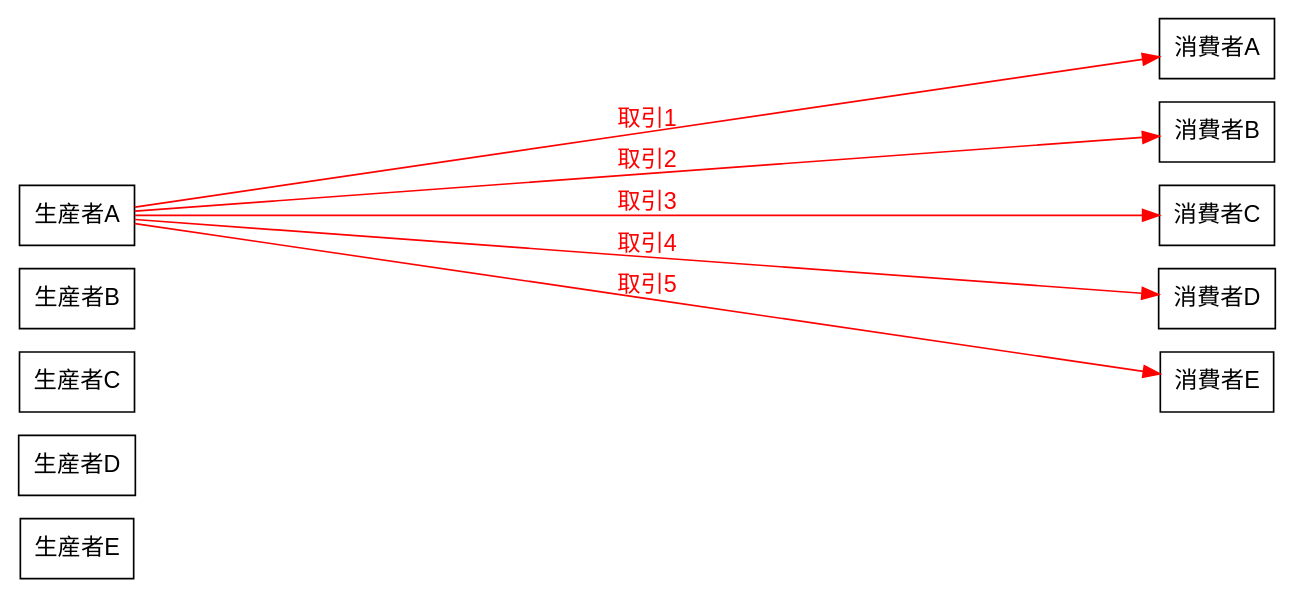
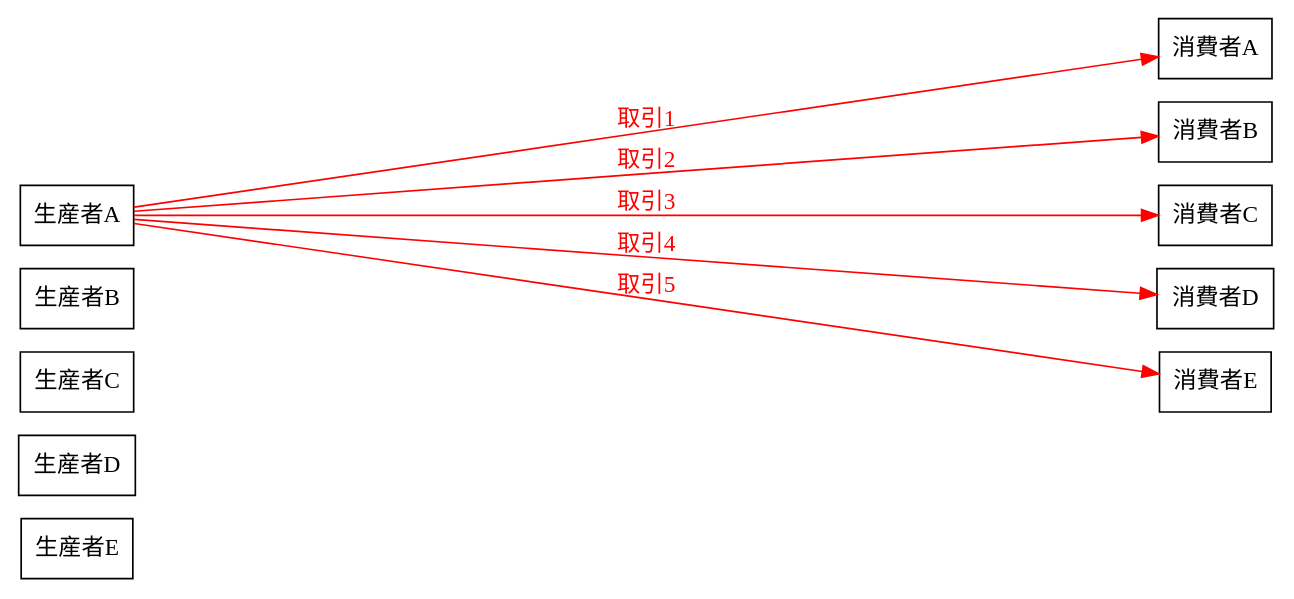
The diagram in Graphviz/transaction1-1.gv (takeshinishimura/Agricultural_Markets), drawn with Graphviz before and after one commit. The commit also changed 346 other files, not shown here.

```diff
--- a/Graphviz/transaction1-1.gv
+++ b/Graphviz/transaction1-1.gv
@@ -1,41 +1,43 @@
 digraph transaction2 {
-  rankdir=LR;
-  node [fontname=Helvetica, shape=box];
-  ranksep=8.0;
-  nodesep=0.1;
+  rankdir = LR;
+  node [fontname = "IPAEXGothic", shape = box];
+  ranksep = 8.0;
+  nodesep = 0.1;
 
   subgraph kluster_0 {
-    label="生産者";
-    P1 [label="生産者A"];
-    P2 [label="生産者B"];
-    P3 [label="生産者C"];
-    P4 [label="生産者D"];
-    P5 [label="生産者E"];
-    P1 -> P2 [style=invis];
-    P2 -> P3 [style=invis];
-    P3 -> P4 [style=invis];
-    P4 -> P5 [style=invis];
+    label = "生産者";
+    P1 [label = "生産者A"];
+    P2 [label = "生産者B"];
+    P3 [label = "生産者C"];
+    P4 [label = "生産者D"];
+    P5 [label = "生産者E"];
+    P1 -> P2 [style = invis];
+    P2 -> P3 [style = invis];
+    P3 -> P4 [style = invis];
+    P4 -> P5 [style = invis];
     {rank = same; P1; P2; P3; P4; P5}
   }
 
   subgraph kluster_1 {
-    label="消費者";
-    C1 [label="消費者A"];
-    C2 [label="消費者B"];
-    C3 [label="消費者C"];
-    C4 [label="消費者D"];
-    C5 [label="消費者E"];
-    C1 -> C2 [style=invis];
-    C2 -> C3 [style=invis];
-    C3 -> C4 [style=invis];
-    C4 -> C5 [style=invis];
+    label = "消費者";
+    C1 [label = "消費者A"];
+    C2 [label = "消費者B"];
+    C3 [label = "消費者C"];
+    C4 [label = "消費者D"];
+    C5 [label = "消費者E"];
+    C1 -> C2 [style = invis];
+    C2 -> C3 [style = invis];
+    C3 -> C4 [style = invis];
+    C4 -> C5 [style = invis];
     {rank = same; C1; C2; C3; C4; C5}
   }
 
-  edge [fontname=Helvetica, fontcolor=red, color=red];
-  P1 -> C1 [label="取引1"];
-  P1 -> C2 [label="取引2"];
-  P1 -> C3 [label="取引3"];
-  P1 -> C4 [label="取引4"];
-  P1 -> C5 [label="取引5"];
+  edge [fontname = "IPAEXGothic",
+        fontcolor = red,
+        color = red];
+  P1 -> C1 [label = "取引1"];
+  P1 -> C2 [label = "取引2"];
+  P1 -> C3 [label = "取引3"];
+  P1 -> C4 [label = "取引4"];
+  P1 -> C5 [label = "取引5"];
 }
```
